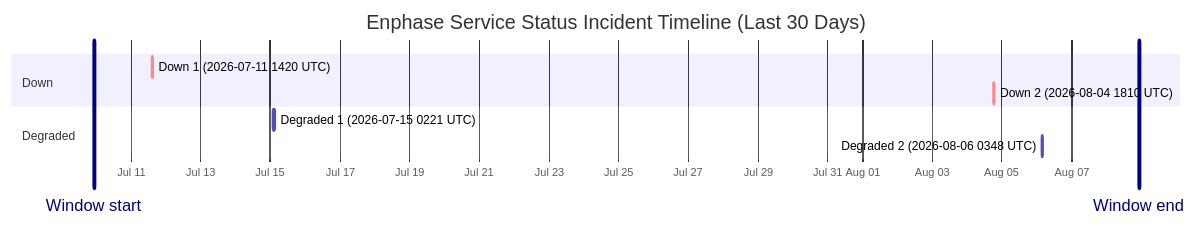
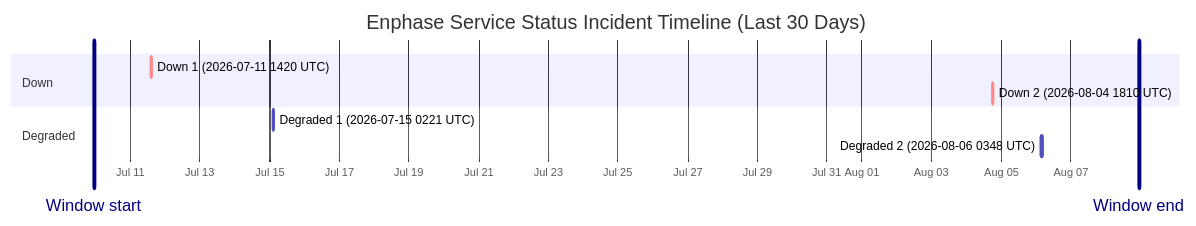
Before and after one commit to barneyonline/ha-enphase-energy: the diagram in wiki/Service-Status-History.md, drawn with Mermaid. The commit also changed other lines of this file and 3 other files, not shown here.

````diff
--- a/wiki/Service-Status-History.md
+++ b/wiki/Service-Status-History.md
@@ -14,14 +14,14 @@
 ```mermaid
 gantt
     title Enphase Service Status Incident Timeline (Last 30 Days)
     dateFormat  YYYY-MM-DDTHH:mm:ss
     axisFormat  %b %d
-    Window start :vert, window-start, 2026-07-09T22:26:44, 0ms
-    Window end :vert, window-end, 2026-08-08T22:26:44, 0ms
+    Window start :vert, window-start, 2026-07-09T22:58:08, 0ms
+    Window end :vert, window-end, 2026-08-08T22:58:08, 0ms
     section Down
     Down 1 (2026-07-11 1420 UTC) :crit, down-1, 2026-07-11T14:20:54, 69m
     Down 2 (2026-08-04 1810 UTC) :crit, down-2, 2026-08-04T18:10:46, 60m
     section Degraded
     Degraded 1 (2026-07-15 0221 UTC) :active, degraded-1, 2026-07-15T02:21:35, 60m
     Degraded 2 (2026-08-06 0348 UTC) :active, degraded-2, 2026-08-06T03:48:14, 60m
 ```
````
